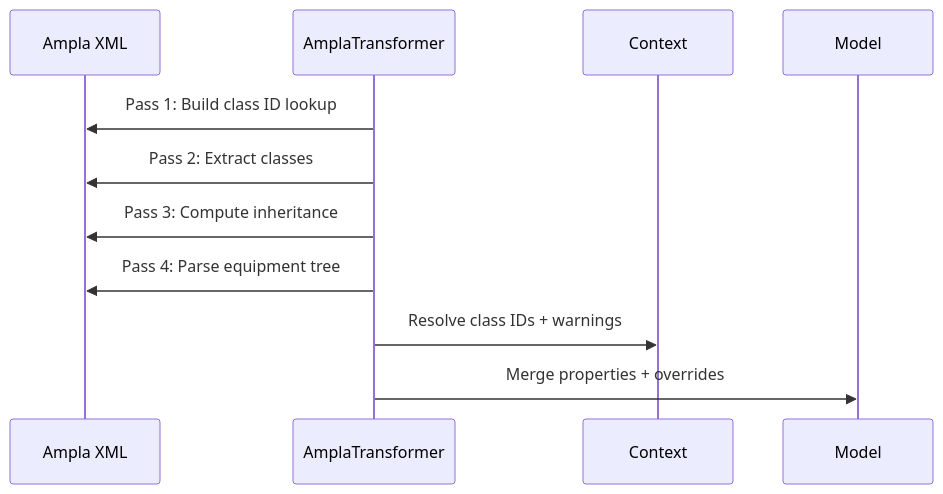
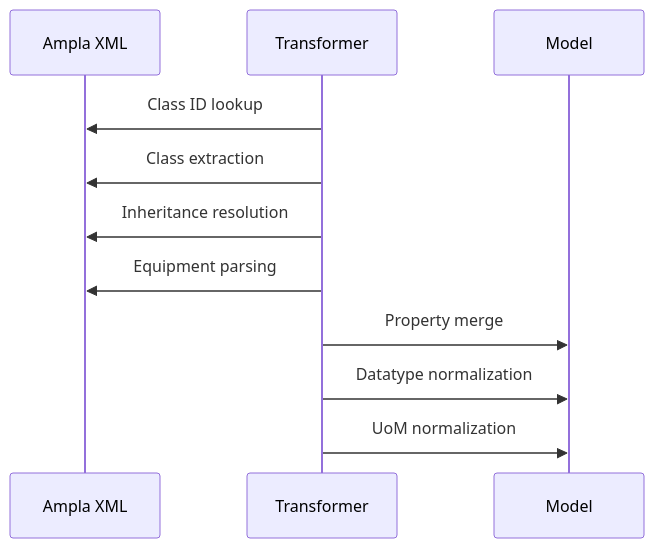
The second of 2 diagrams in README.md (JaskRendix/amplab2mml-v0600), drawn with Mermaid before and after one commit. The commit also changed other lines of this file, not shown here.

````diff
--- a/README.md
+++ b/README.md
@@ -110,14 +126,14 @@
 ```mermaid
 sequenceDiagram
     participant XML as Ampla XML
-    participant T as AmplaTransformer
-    participant C as Context
+    participant T as Transformer
     participant M as Model
 
-    T->>XML: Pass 1: Build class ID lookup
-    T->>XML: Pass 2: Extract classes
-    T->>XML: Pass 3: Compute inheritance
-    T->>XML: Pass 4: Parse equipment tree
-    T->>C: Resolve class IDs + warnings
-    T->>M: Merge properties + overrides
+    T->>XML: Class ID lookup
+    T->>XML: Class extraction
+    T->>XML: Inheritance resolution
+    T->>XML: Equipment parsing
+    T->>M: Property merge
+    T->>M: Datatype normalization
+    T->>M: UoM normalization
 ```
````
